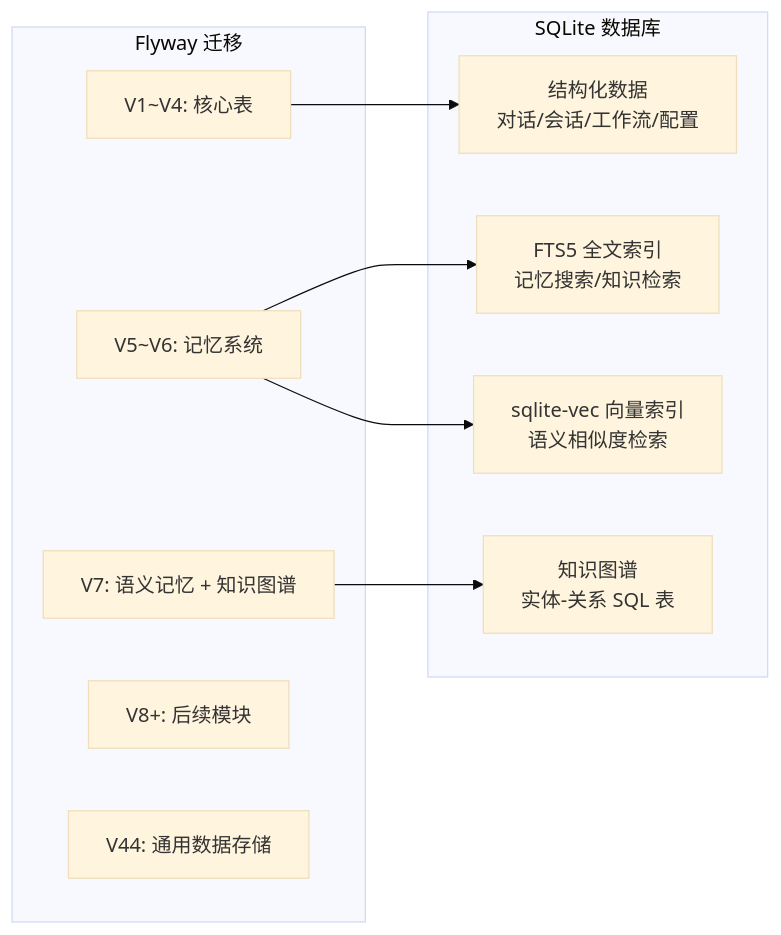
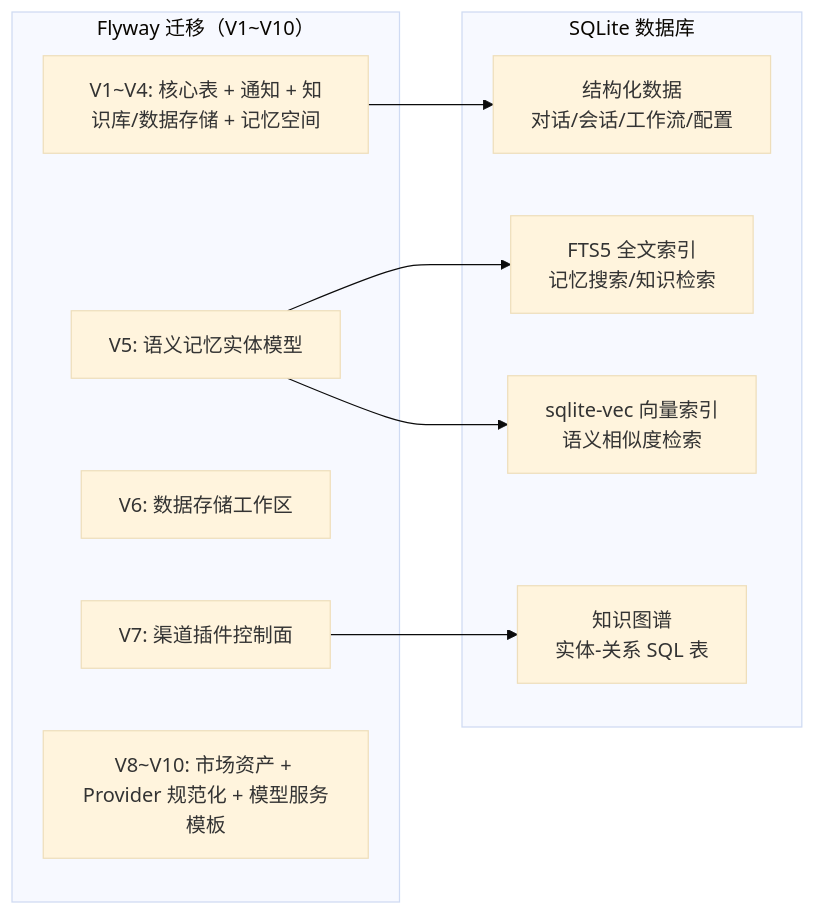
Before and after one commit to ntygod/LifePilot: the third of 4 diagrams in docs/ARCHITECTURE.md, drawn with Mermaid (base theme). The commit also changed other lines of this file and 13 other files, not shown here.

````diff
--- a/docs/ARCHITECTURE.md
+++ b/docs/ARCHITECTURE.md
@@ -177,22 +181,22 @@
 ```mermaid
 graph LR
     subgraph "SQLite 数据库"
         SQL["结构化数据<br/>对话/会话/工作流/配置"]
         FTS["FTS5 全文索引<br/>记忆搜索/知识检索"]
         VEC["sqlite-vec 向量索引<br/>语义相似度检索"]
         GRAPH["知识图谱<br/>实体-关系 SQL 表"]
     end
 
-    subgraph "Flyway 迁移"
-        V1["V1~V4: 核心表"]
-        V5["V5~V6: 记忆系统"]
-        V7["V7: 语义记忆 + 知识图谱"]
-        V8["V8+: 后续模块"]
-        V44["V44: 通用数据存储"]
+    subgraph "Flyway 迁移（V1~V10）"
+        V1["V1~V4: 核心表 + 通知 + 知识库/数据存储 + 记忆空间"]
+        V5["V5: 语义记忆实体模型"]
+        V6["V6: 数据存储工作区"]
+        V7["V7: 渠道插件控制面"]
+        V8["V8~V10: 市场资产 + Provider 规范化 + 模型服务模板"]
     end
 
     V1 --> SQL
     V5 --> FTS
     V5 --> VEC
     V7 --> GRAPH
 ```
````
